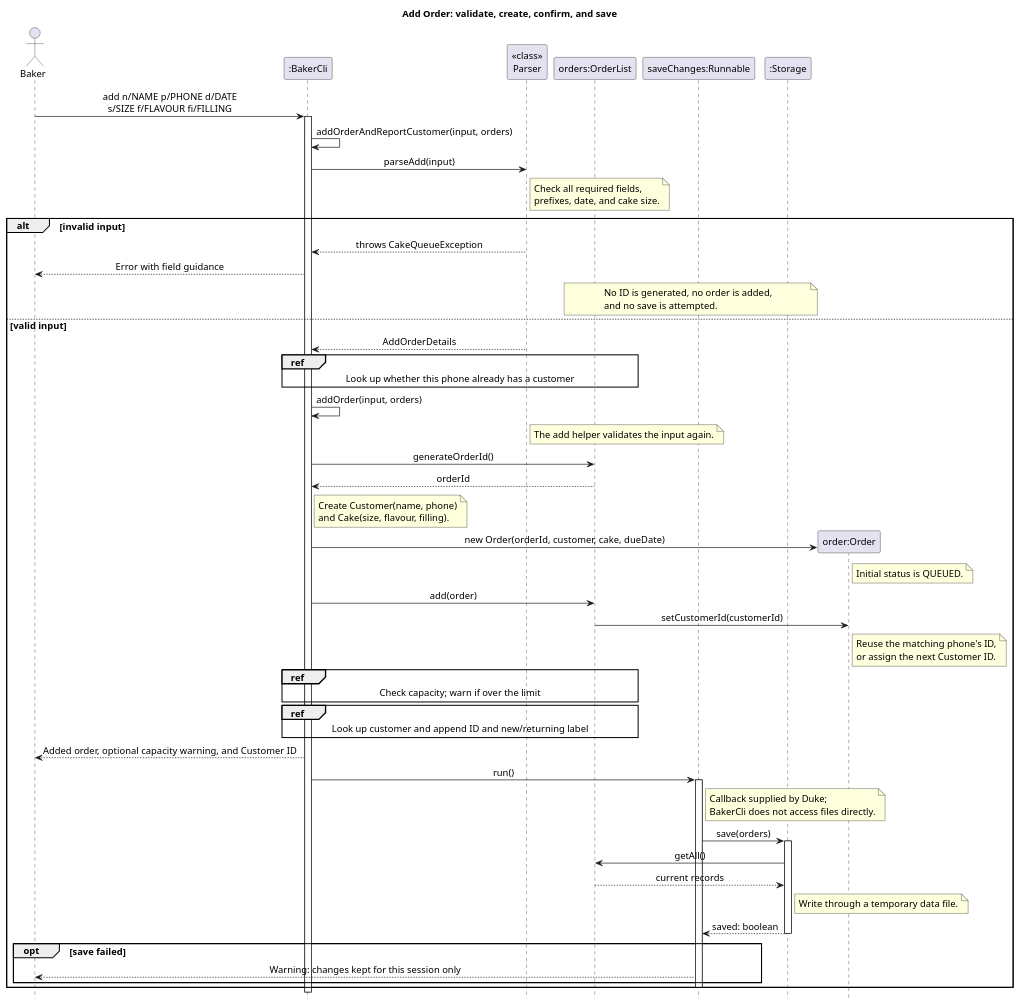
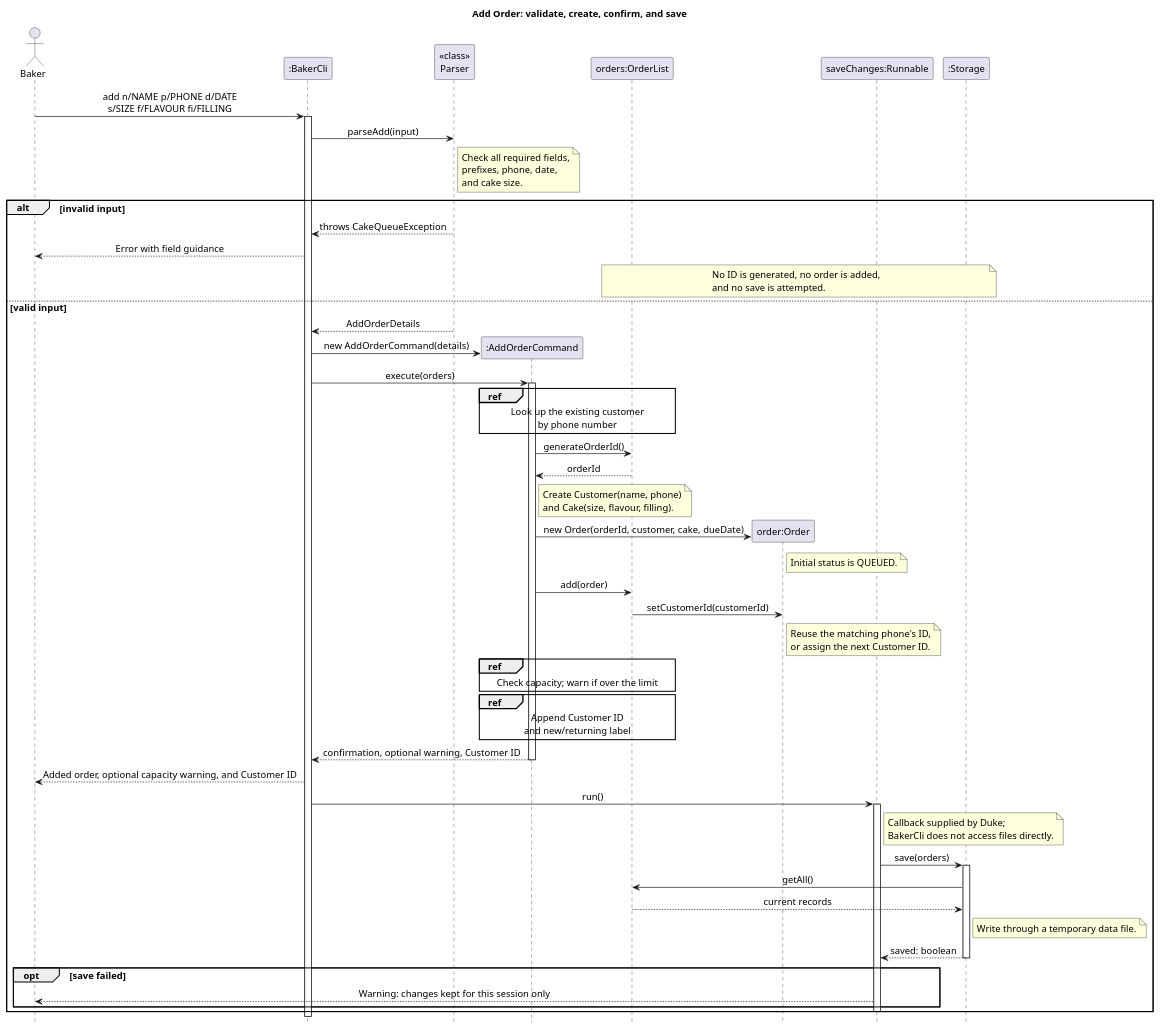
One commit to AY2627S1-CS2113-W12-1/tp changed the diagram in docs/diagrams/add-order-sequence.puml. Above: the diagram before and after it, drawn with PlantUML. The commit also changed 11 other files, not shown here.

First line of the commit message:
Extract AddOrderCommand

```diff
--- a/docs/diagrams/add-order-sequence.puml
+++ b/docs/diagrams/add-order-sequence.puml
@@ -1,74 +1,80 @@
 @startuml
 ' Author: Eethanzyj
 title Add Order: validate, create, confirm, and save
 skinparam backgroundColor white
 skinparam defaultFontName SansSerif
 skinparam defaultFontSize 14
 skinparam sequenceMessageAlign center
 hide footbox
 
 actor Baker
 participant ":BakerCli" as Cli
 participant "<<class>>\nParser" as Parser
+participant ":AddOrderCommand" as Add
 participant "orders:OrderList" as Orders
+participant "order:Order" as Order
 participant "saveChanges:Runnable" as Save
 participant ":Storage" as Storage
 
 Baker -> Cli : add n/NAME p/PHONE d/DATE\ns/SIZE f/FLAVOUR fi/FILLING
 activate Cli
-Cli -> Cli : addOrderAndReportCustomer(input, orders)
 Cli -> Parser : parseAdd(input)
 note right of Parser
   Check all required fields,
-  prefixes, date, and cake size.
+  prefixes, phone, date,
+  and cake size.
 end note
 alt invalid input
   Parser --> Cli : throws CakeQueueException
   Cli --> Baker : Error with field guidance
   note over Orders, Storage
     No ID is generated, no order is added,
     and no save is attempted.
   end note
 else valid input
   Parser --> Cli : AddOrderDetails
-  ref over Cli, Orders : Look up whether this phone already has a customer
-  Cli -> Cli : addOrder(input, orders)
-  note right of Parser : The add helper validates the input again.
-  Cli -> Orders : generateOrderId()
-  Orders --> Cli : orderId
-  note right of Cli
+  create Add
+  Cli -> Add : new AddOrderCommand(details)
+  Cli -> Add : execute(orders)
+  activate Add
+  ref over Add, Orders : Look up the existing customer\nby phone number
+  Add -> Orders : generateOrderId()
+  Orders --> Add : orderId
+  note right of Add
     Create Customer(name, phone)
     and Cake(size, flavour, filling).
   end note
-  create participant "order:Order" as Order
-  Cli -> Order : new Order(orderId, customer, cake, dueDate)
+  create Order
+  Add -> Order : new Order(orderId, customer, cake, dueDate)
   note right of Order : Initial status is QUEUED.
-  Cli -> Orders : add(order)
+  Add -> Orders : add(order)
   Orders -> Order : setCustomerId(customerId)
   note right of Order
     Reuse the matching phone's ID,
     or assign the next Customer ID.
   end note
-  ref over Cli, Orders : Check capacity; warn if over the limit
-  ref over Cli, Orders : Look up customer and append ID and new/returning label
+  ref over Add, Orders : Check capacity; warn if over the limit
+  ref over Add, Orders : Append Customer ID\nand new/returning label
+  Add --> Cli : confirmation, optional warning, Customer ID
+  deactivate Add
   Cli --> Baker : Added order, optional capacity warning, and Customer ID
   Cli -> Save : run()
   activate Save
   note right of Save
     Callback supplied by Duke;
     BakerCli does not access files directly.
   end note
   Save -> Storage : save(orders)
   activate Storage
   Storage -> Orders : getAll()
   Orders --> Storage : current records
   note right of Storage : Write through a temporary data file.
   Storage --> Save : saved: boolean
   deactivate Storage
   opt save failed
     Save --> Baker : Warning: changes kept for this session only
   end
   deactivate Save
 end
 deactivate Cli
 @enduml
```
